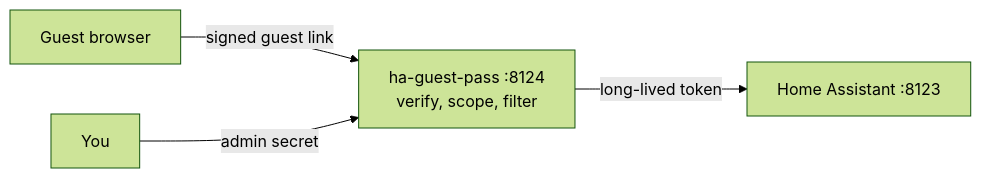
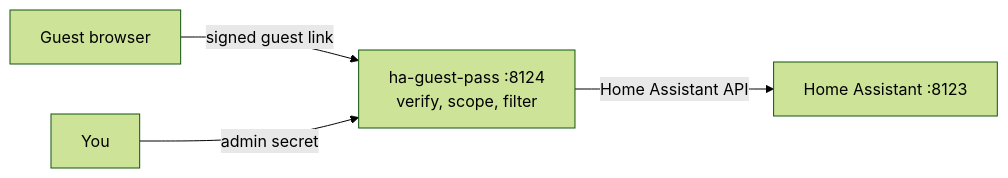
The diagram in README.md (ahmadelsayed97/ha-guest-pass), drawn with Mermaid (forest theme) before and after one commit. The commit also changed other lines of this file and 12 other files, not shown here.

````diff
--- a/README.md
+++ b/README.md
@@ -15,7 +15,7 @@
 ```mermaid
 flowchart LR
     proxy["ha-guest-pass :8124<br/>verify, scope, filter"]
     guest["Guest browser"] -->|"signed guest link"| proxy
     you["You"] -->|"admin secret"| proxy
-    proxy -->|"long-lived token"| ha["Home Assistant :8123"]
+    proxy -->|"Home Assistant API"| ha["Home Assistant :8123"]
 ```
````
